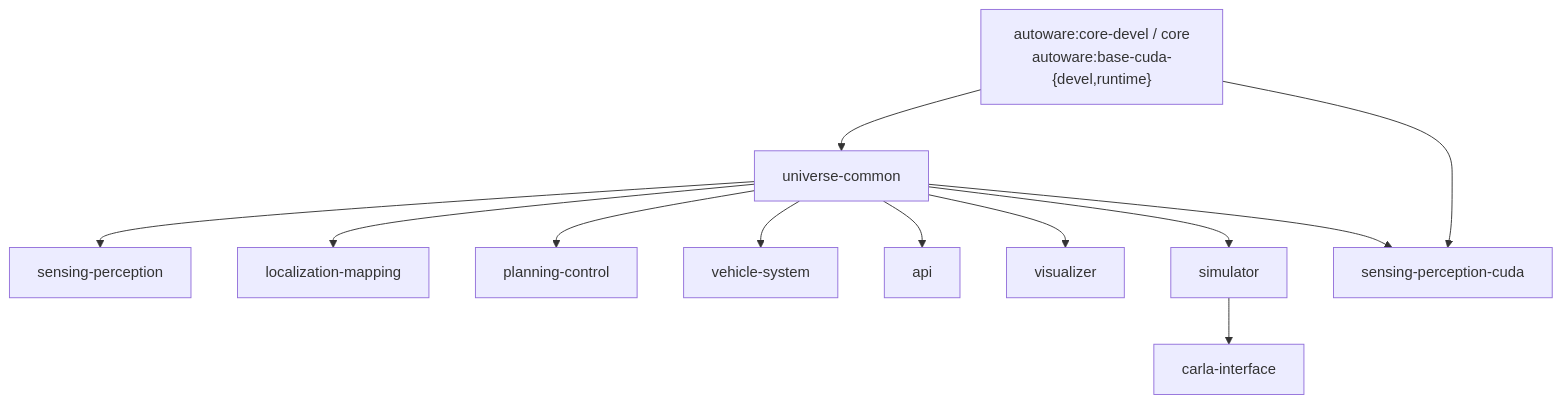
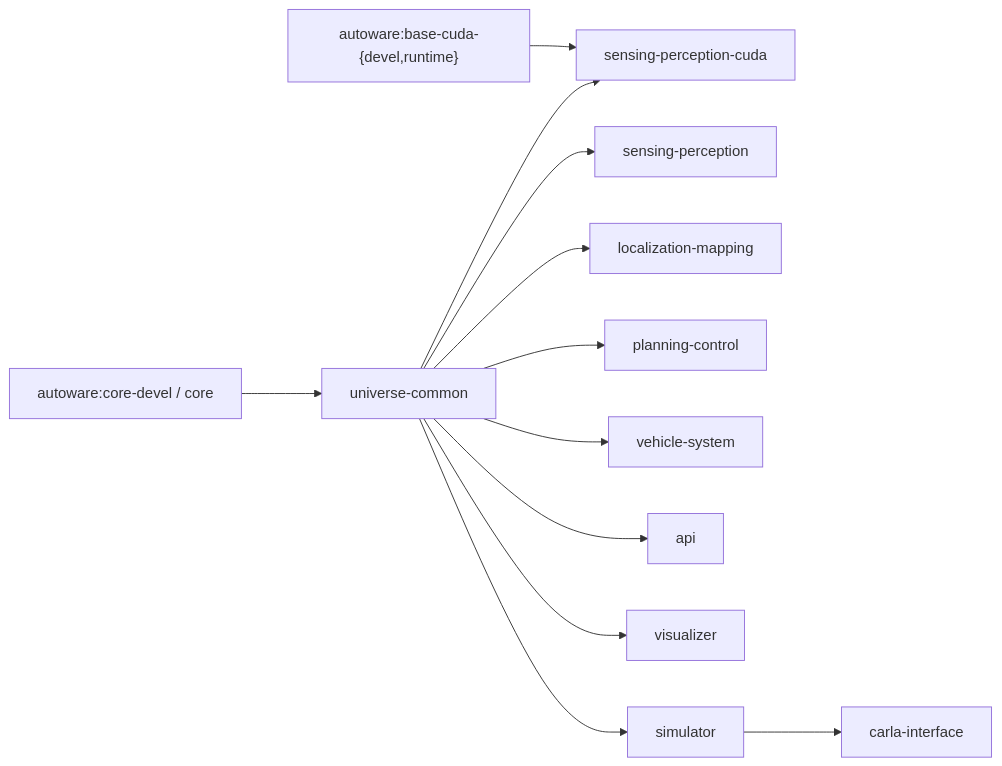
The diagram in docs/includes/build-pipeline.md (autowarefoundation/openadkit), drawn with Mermaid before and after one commit. The commit also changed 23 other files, not shown here.

````diff
--- a/docs/includes/build-pipeline.md
+++ b/docs/includes/build-pipeline.md
@@ -1,14 +1,14 @@
 ```mermaid
-flowchart TB
-    UP["autoware:core-devel / core<br/>autoware:base-cuda-{devel,runtime}"] --> UC["universe-common"]
+flowchart LR
+    CORE["autoware:core-devel / core"] --> UC["universe-common"]
+    CUDA["autoware:base-cuda-{devel,runtime}"] --> SPC["sensing-perception-cuda"]
     UC --> SP["sensing-perception"]
     UC --> LM["localization-mapping"]
     UC --> PC["planning-control"]
     UC --> VS["vehicle-system"]
     UC --> API["api"]
     UC --> VIZ["visualizer"]
     UC --> SIM["simulator"]
-    UP --> SPC["sensing-perception-cuda"]
     UC --> SPC
     SIM --> CARLA["carla-interface"]
 ```
````
